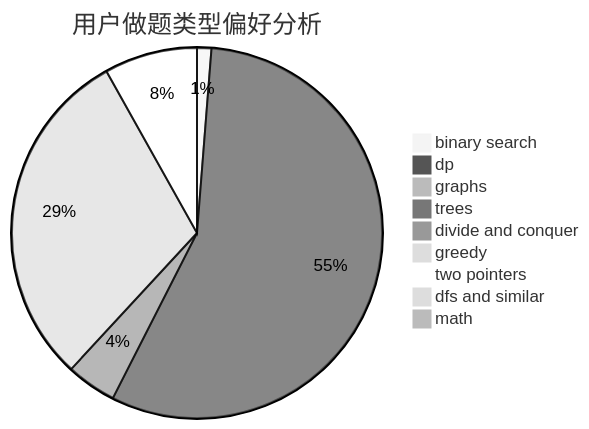
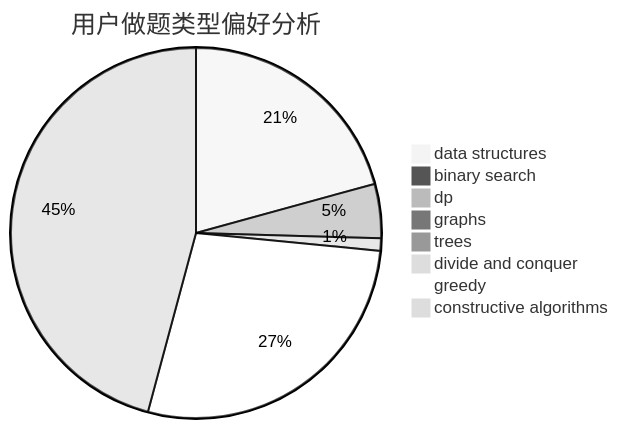
Before and after one commit to sherpahu/cfrs.github.io: the second of 3 diagrams in docs/user/u1824.md, drawn with Mermaid (neutral theme). The commit also changed other lines of this file and 2775 other files, not shown here.

````diff
--- a/docs/user/u1824.md
+++ b/docs/user/u1824.md
@@ -23,12 +23,11 @@
 ```mermaid
 pie title 用户做题类型偏好分析
-    "binary search" :  4
-    "dp" :  180
+    "data structures" :  57
+    "binary search" :  1
+    "dp" :  13
     "graphs" :  1
     "trees" :  0
-    "divide and conquer" :  14
-    "greedy" :  96
-    "two pointers" :  26
-    "dfs and similar" :  3
-    "math" :  3
+    "divide and conquer" :  3
+    "greedy" :  76
+    "constructive algorithms" :  126
 ```
````
